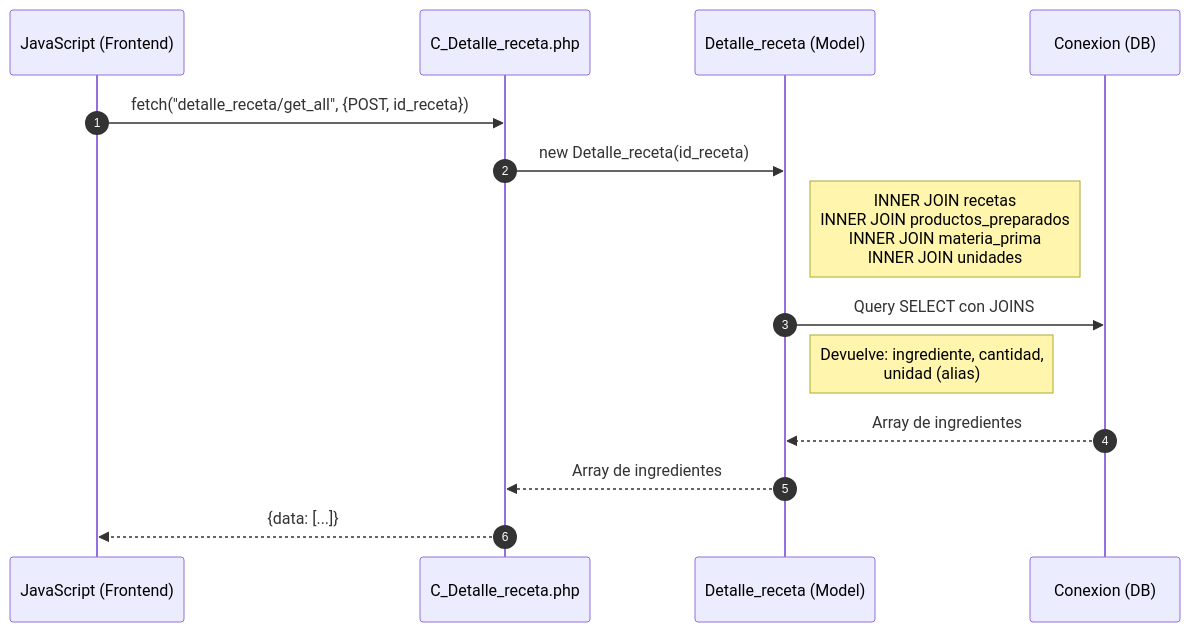
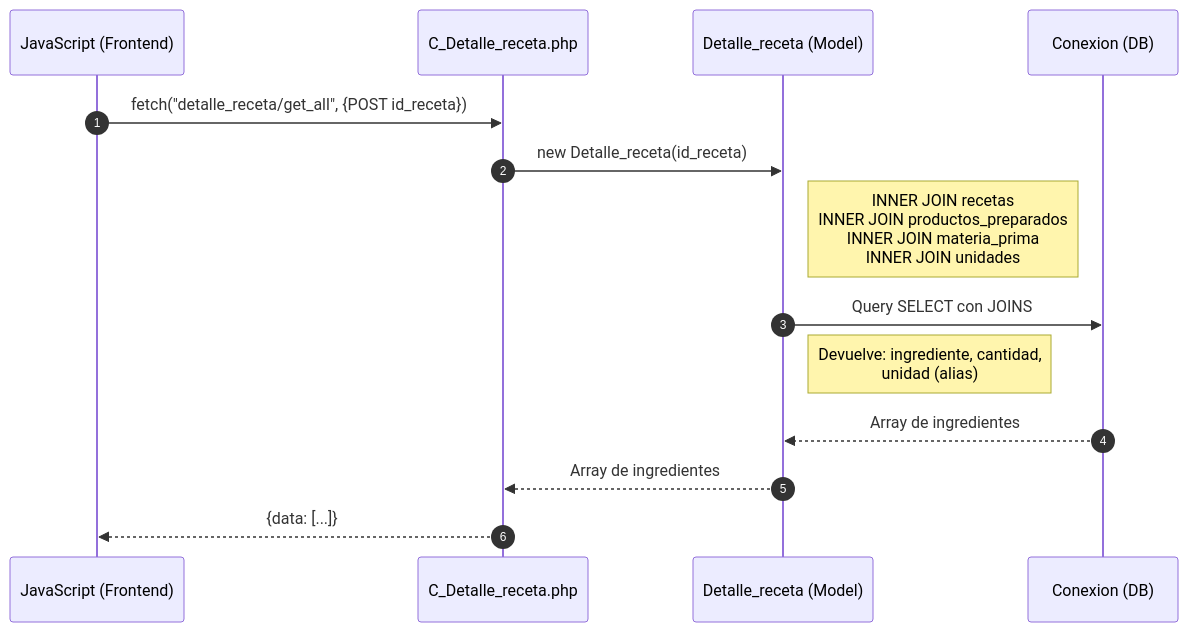
One commit to Tecrato/BurgerHouse changed the third of 5 diagrams in docs/secuencia/recetas/recetas.md. Above: the diagram before and after it, drawn with Mermaid. The commit also changed other lines of this file and 13 other files, not shown here.

Commit message:
diagramas de secuencia

````diff
--- a/docs/secuencia/recetas/recetas.md
+++ b/docs/secuencia/recetas/recetas.md
@@ -68,20 +64,20 @@
 ```mermaid
 sequenceDiagram
     autonumber
     participant JS as JavaScript (Frontend)
     participant C_Detalle_receta as C_Detalle_receta.php
     participant Detalle_receta as Detalle_receta (Model)
     participant DB as Conexion (DB)
     
-    JS->>C_Detalle_receta: fetch("detalle_receta/get_all", {POST, id_receta})
+    JS->>C_Detalle_receta: fetch("detalle_receta/get_all", {POST id_receta})
     
     C_Detalle_receta->>Detalle_receta: new Detalle_receta(id_receta)
     
     Note right of Detalle_receta: INNER JOIN recetas<br/>INNER JOIN productos_preparados<br/>INNER JOIN materia_prima<br/>INNER JOIN unidades
     Detalle_receta->>DB: Query SELECT con JOINS
     Note right of Detalle_receta: Devuelve: ingrediente, cantidad,<br/>unidad (alias)
     DB-->>Detalle_receta: Array de ingredientes
     Detalle_receta-->>C_Detalle_receta: Array de ingredientes
     
     C_Detalle_receta-->>JS: {data: [...]}
 ```
````
